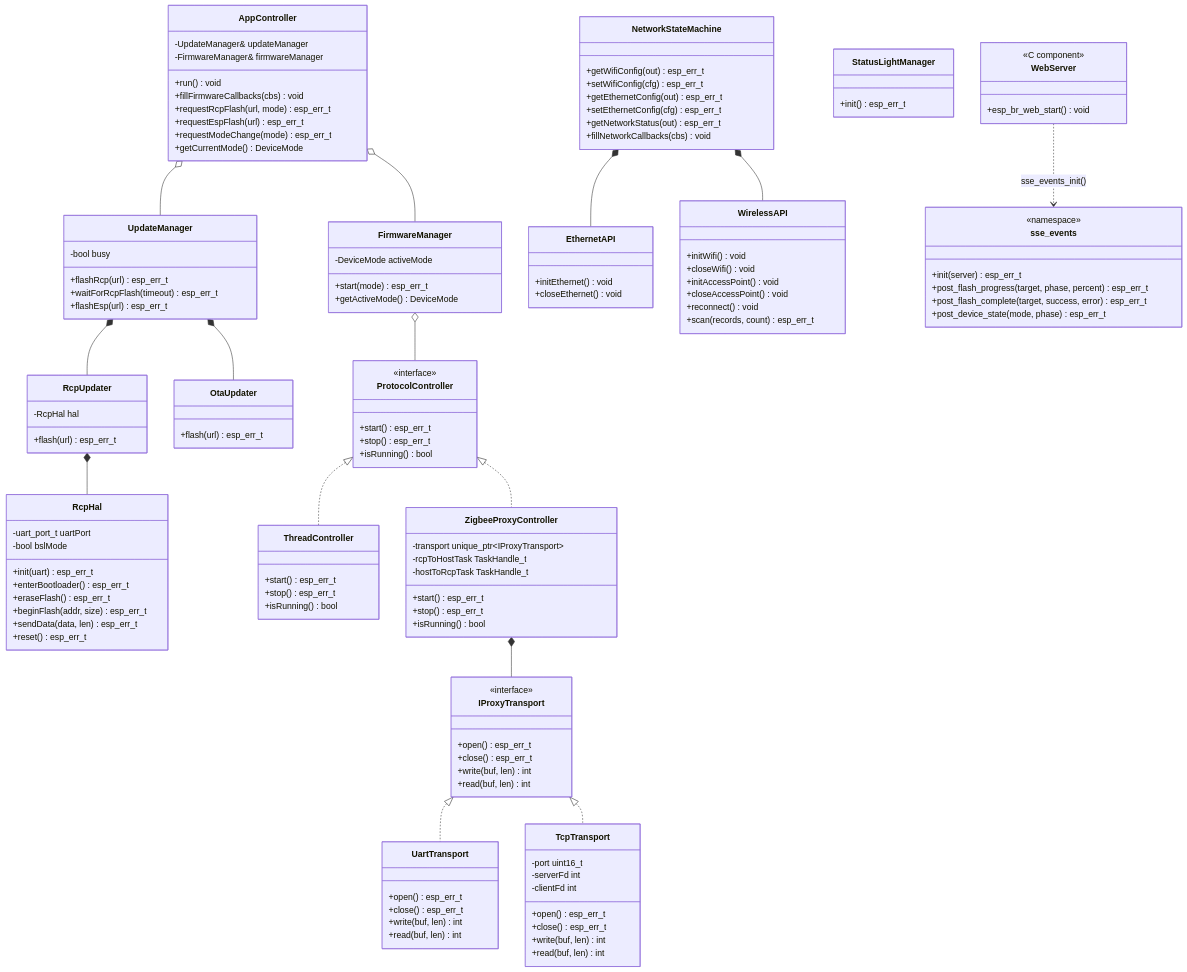
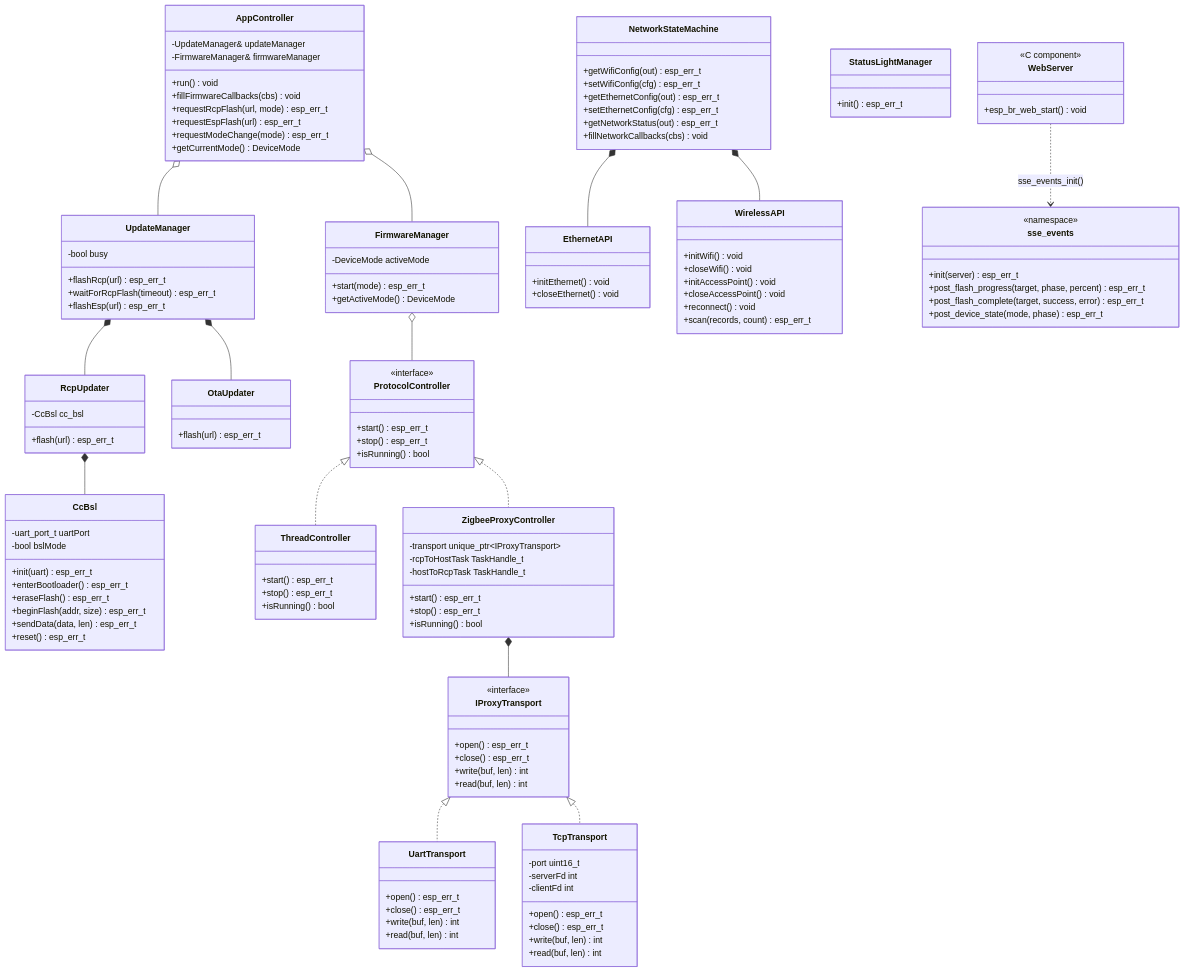
Before and after one commit to codm/czc-unified: the second of 3 diagrams in README.md, drawn with Mermaid. The commit also changed other lines of this file and 6 other files, not shown here.

Commit message:
Move formerly RcpHal into own component cc_bsl

```diff
--- a/README.md
+++ b/README.md
@@ -434,10 +442,10 @@
         +flashEsp(url) esp_err_t
     }
     class RcpUpdater {
-        -RcpHal hal
+        -CcBsl cc_bsl
         +flash(url) esp_err_t
     }
-    class RcpHal {
+    class CcBsl {
         -uart_port_t uartPort
         -bool bslMode
         +init(uart) esp_err_t
@@ -543,7 +551,7 @@
     AppController o-- FirmwareManager
     UpdateManager *-- RcpUpdater
     UpdateManager *-- OtaUpdater
-    RcpUpdater *-- RcpHal
+    RcpUpdater *-- CcBsl
 
     FirmwareManager o-- ProtocolController
     ProtocolController <|.. ThreadController
```
